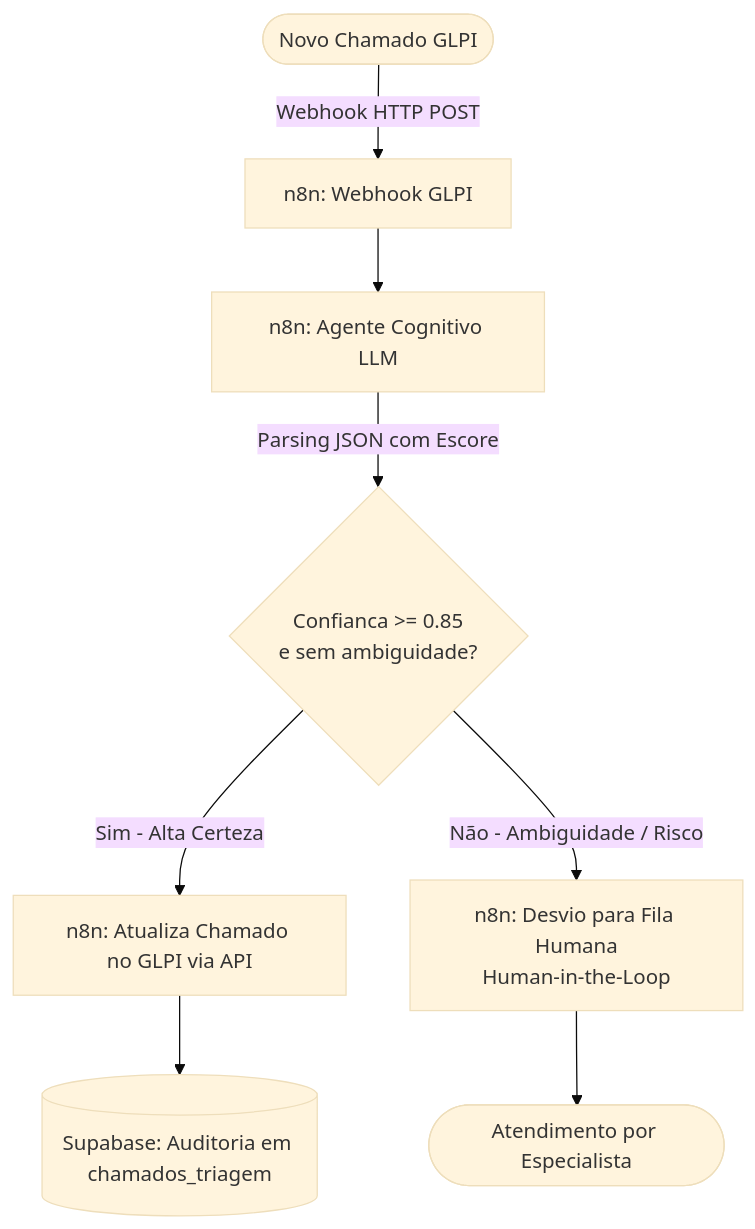
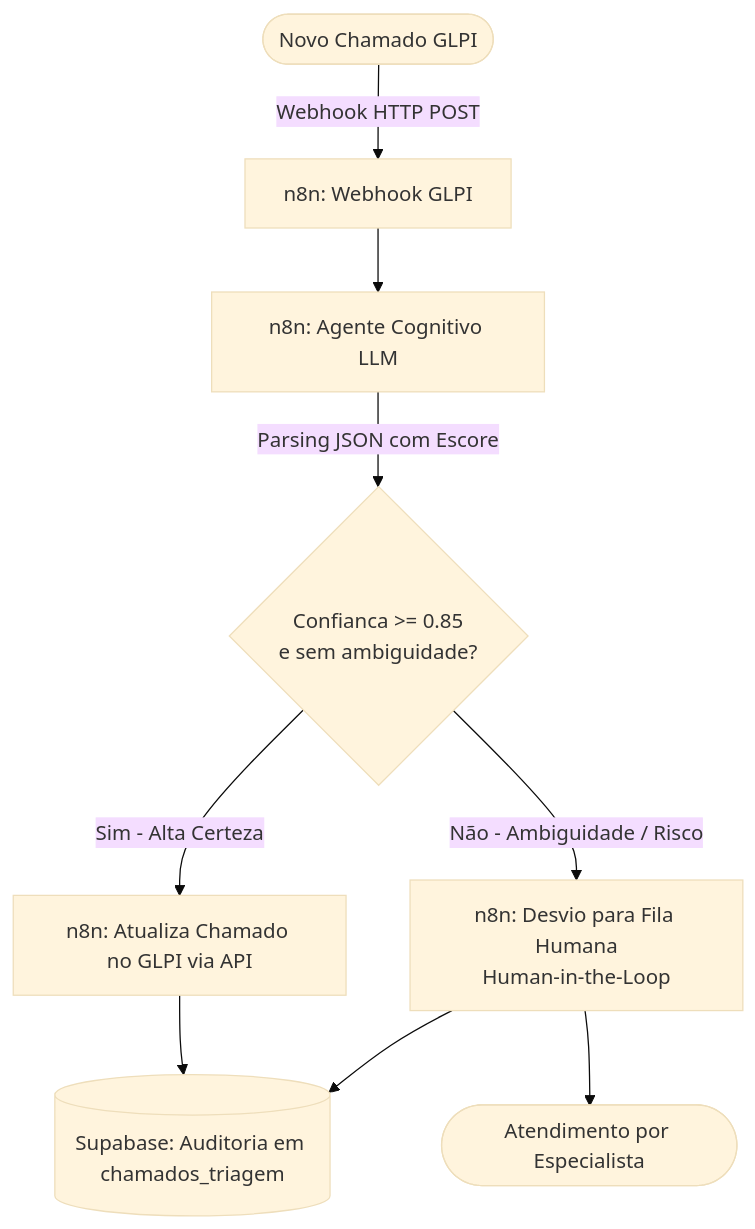
The diagram in README.md (CaioLennonDEV/tcc-hiperautomacao-poc), drawn with Mermaid (base theme) before and after one commit. The commit also changed other lines of this file and 3 other files, not shown here.

Commit message:
feat: add database schema, n8n workflow, and experimental methodology documentation

````diff
--- a/README.md
+++ b/README.md
@@ -24,10 +24,11 @@
 ```mermaid
 flowchart TD
     A([Novo Chamado GLPI]) -->|Webhook HTTP POST| B[n8n: Webhook GLPI]
     B --> C[n8n: Agente Cognitivo LLM]
     C -->|Parsing JSON com Escore| D{Confianca >= 0.85<br/>e sem ambiguidade?}
     D -->|Sim - Alta Certeza| E[n8n: Atualiza Chamado no GLPI via API]
+    D -->|Não - Ambiguidade / Risco| G[n8n: Desvio para Fila Humana<br/>Human-in-the-Loop]
     E --> F[(Supabase: Auditoria em chamados_triagem)]
-    D -->|Não - Ambiguidade / Risco| G[n8n: Desvio para Fila Humana<br/>Human-in-the-Loop]
+    G --> F
     G --> H([Atendimento por Especialista])
 ```
````
